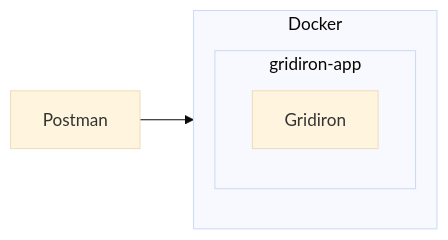
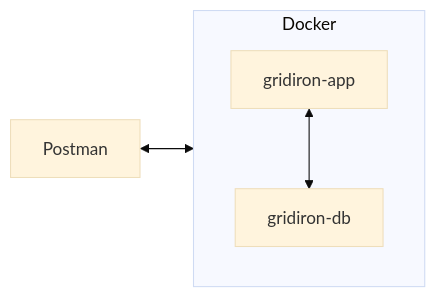
One commit to ccthomas/gridiron changed the first of 2 diagrams in docs/TECHNICAL_DESIGN.md. Above: the diagram before and after it, drawn with Mermaid (base theme). The commit also changed other lines of this file and 17 other files, not shown here.

````diff
--- a/docs/TECHNICAL_DESIGN.md
+++ b/docs/TECHNICAL_DESIGN.md
@@ -13,10 +13,10 @@
 ```mermaid
 flowchart LR
   subgraph Docker
     direction TB
-    subgraph gridiron-app
-        Gridiron
-    end
+    gridiron-app
+    gridiron-db
   end
-  Postman --> Gridiron
+  Postman <--> gridiron-app
+  gridiron-app <--> gridiron-db
 ```
````
